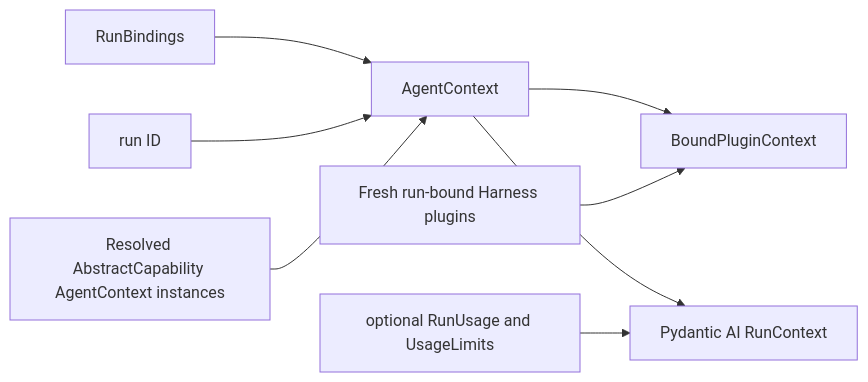
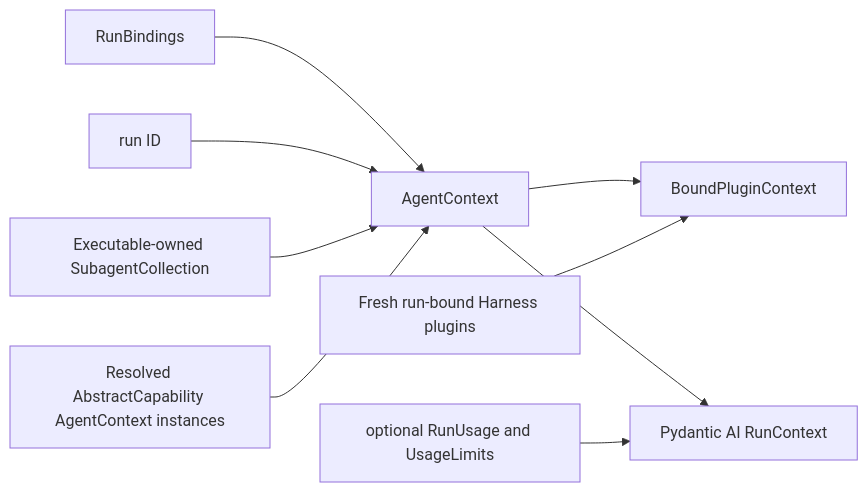
The first of 3 diagrams in spec/agent-harness/06-execution-context-and-lifecycle.md (LTThreeComma/agent-foundation), drawn with Mermaid before and after one commit. The commit also changed other lines of this file and 19 other files, not shown here.

````diff
--- a/spec/agent-harness/06-execution-context-and-lifecycle.md
+++ b/spec/agent-harness/06-execution-context-and-lifecycle.md
@@ -26,10 +26,11 @@
 ```mermaid
 flowchart LR
     RB[RunBindings] --> CTX[AgentContext]
     META[run ID] --> CTX
+    CHILDREN[Executable-owned SubagentCollection] --> CTX
     CTX --> BPC[BoundPluginContext]
     PLUGINS[Fresh run-bound Harness plugins] --> BPC
     CAPS[Resolved AbstractCapability AgentContext instances] --> CTX
     CTX --> RC[Pydantic AI RunContext]
     ARGS[optional RunUsage and UsageLimits] --> RC
 ```
````
